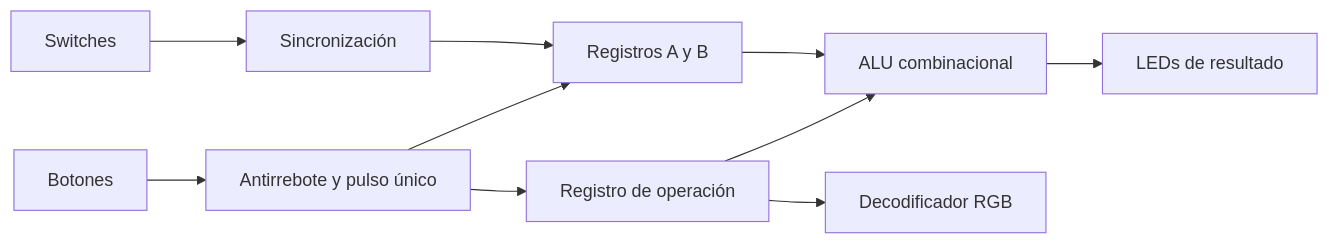
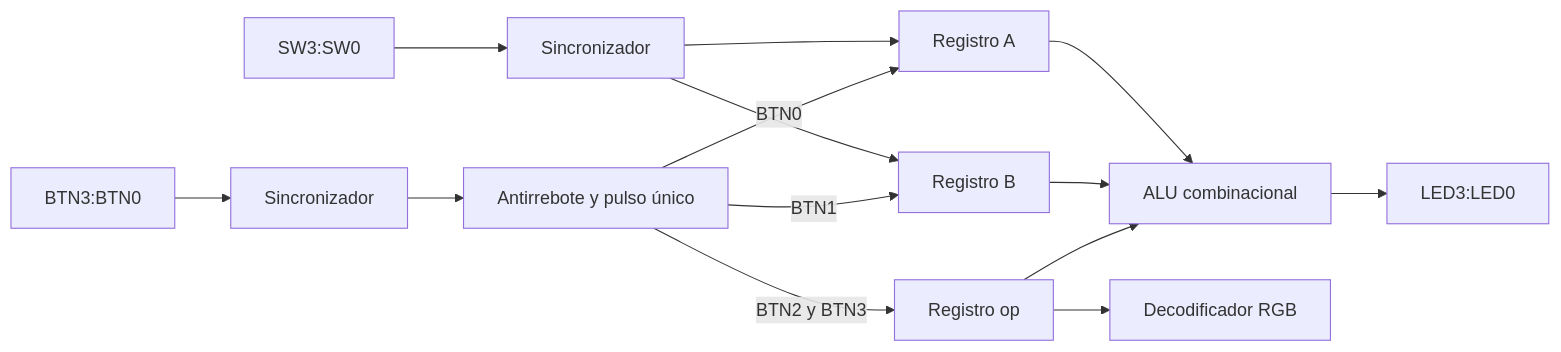
The diagram in README.md (seb31cortes/Lab02_JulianDavidSaavedraPacheco_JuanSebastianCortesGutierrez_CarlosEduardoMatheusQuintero), drawn with Mermaid before and after one commit. The commit also changed other lines of this file and 12 other files, not shown here.

````diff
--- a/README.md
+++ b/README.md
@@ -19,12 +19,16 @@
 ```mermaid
 flowchart LR
-    SW[Switches] --> SYNC[Sincronización]
-    BTN[Botones] --> PULSE[Antirrebote y pulso único]
-    SYNC --> REGS[Registros A y B]
-    PULSE --> REGS
-    PULSE --> OPREG[Registro de operación]
-    REGS --> ALU[ALU combinacional]
-    OPREG --> ALU
-    ALU --> LED[LEDs de resultado]
-    OPREG --> RGB[Decodificador RGB]
+    SW[SW3:SW0] --> SWS[Sincronizador]
+    BTN[BTN3:BTN0] --> BTNS[Sincronizador]
+    BTNS --> FILTRO[Antirrebote y pulso único]
+    SWS --> REGA[Registro A]
+    SWS --> REGB[Registro B]
+    FILTRO -->|BTN0| REGA
+    FILTRO -->|BTN1| REGB
+    FILTRO -->|BTN2 y BTN3| REGOP[Registro op]
+    REGA --> ALU[ALU combinacional]
+    REGB --> ALU
+    REGOP --> ALU
+    ALU --> LED[LED3:LED0]
+    REGOP --> RGB[Decodificador RGB]
 ```
````
